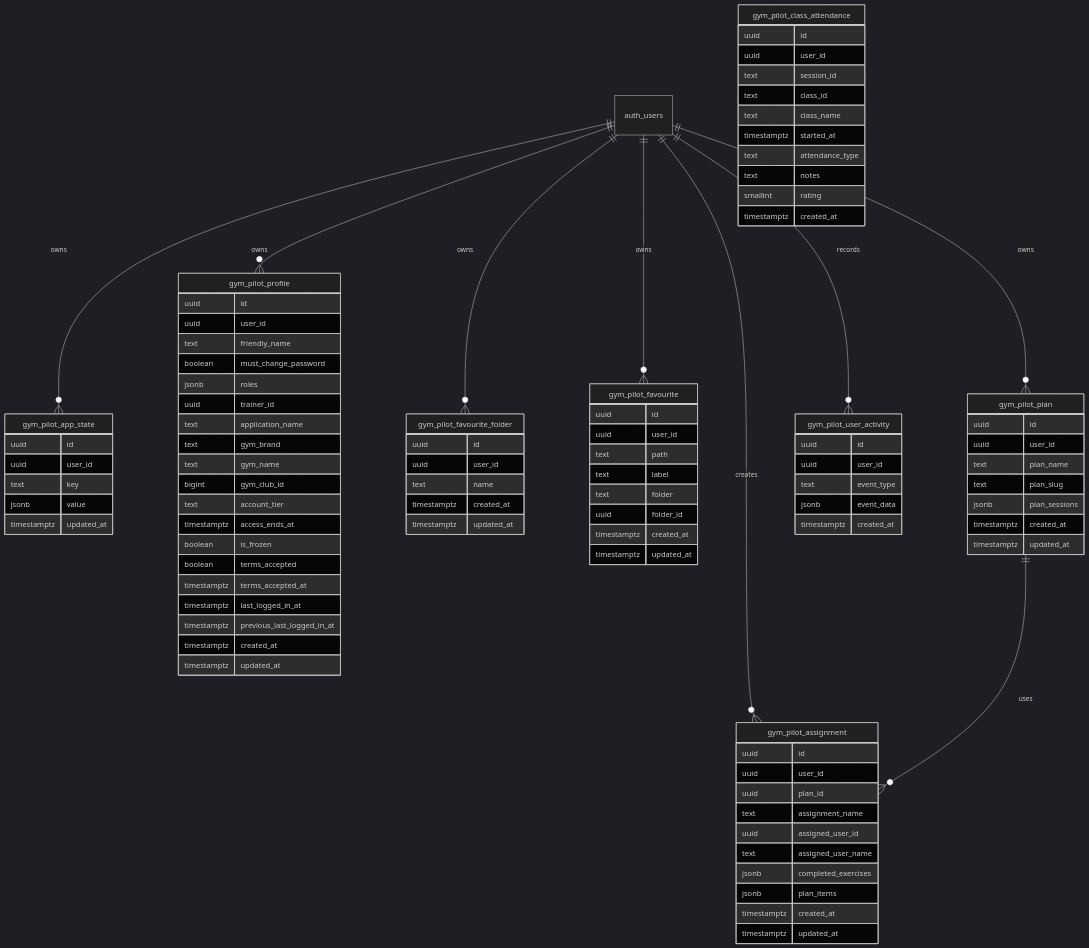
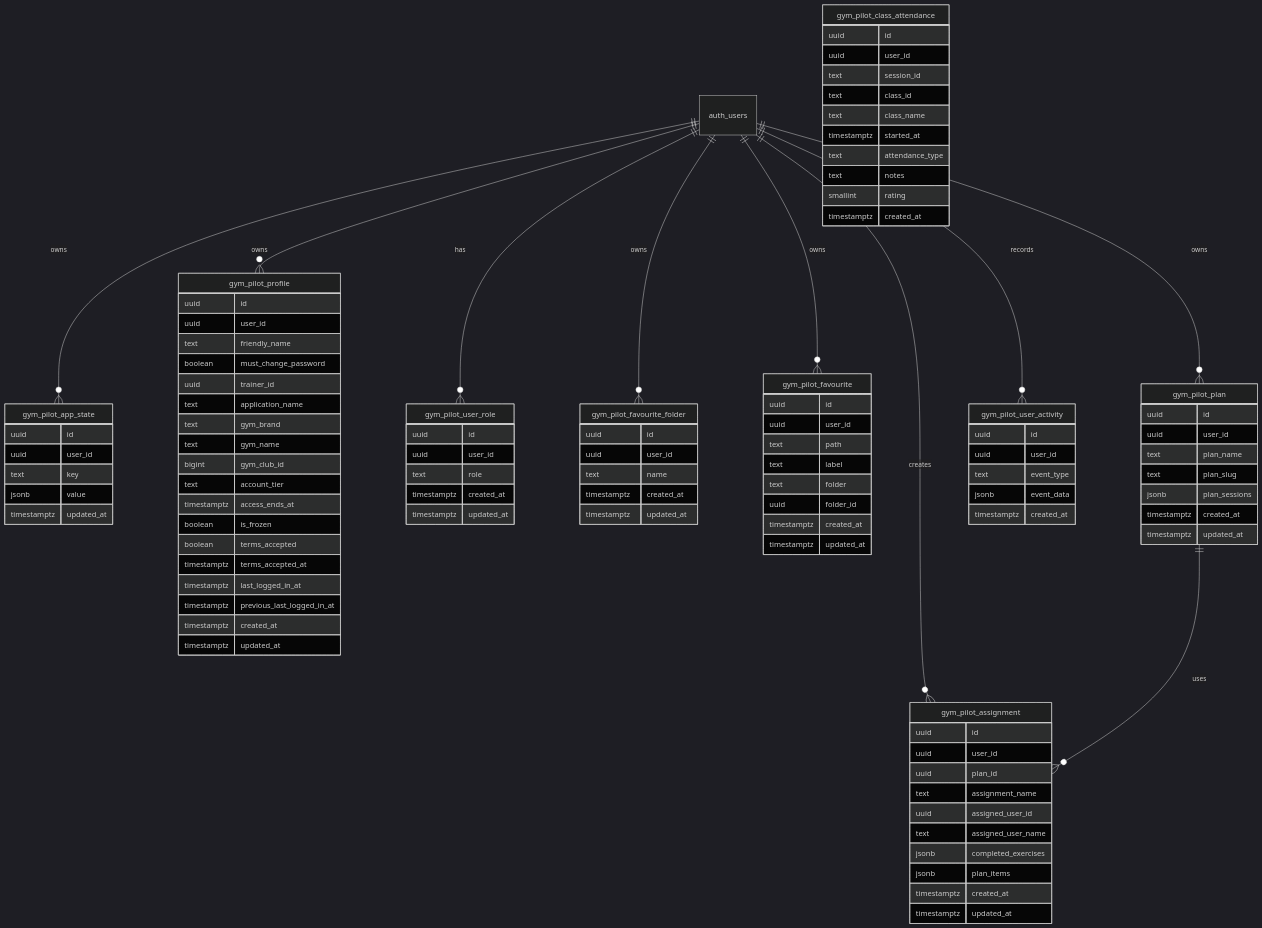
Before and after one commit to asudbury/gym-pilot: the diagram in docs/data-schema.md, drawn with Mermaid (dark theme). The commit also changed other lines of this file and 13 other files, not shown here.

```diff
--- a/docs/data-schema.md
+++ b/docs/data-schema.md
@@ -116,6 +125,7 @@
 erDiagram
     auth_users ||--o{ gym_pilot_app_state : owns
     auth_users ||--o{ gym_pilot_profile : owns
+    auth_users ||--o{ gym_pilot_user_role : has
     auth_users ||--o{ gym_pilot_favourite_folder : owns
     auth_users ||--o{ gym_pilot_favourite : owns
     auth_users ||--o{ gym_pilot_plan : owns
@@ -136,7 +146,6 @@
         uuid user_id
         text friendly_name
         boolean must_change_password
-        jsonb roles
         uuid trainer_id
         text application_name
         text gym_brand
@@ -149,6 +158,14 @@
         timestamptz terms_accepted_at
         timestamptz last_logged_in_at
         timestamptz previous_last_logged_in_at
+        timestamptz created_at
+        timestamptz updated_at
+    }
+
+    gym_pilot_user_role {
+        uuid id
+        uuid user_id
+        text role
         timestamptz created_at
         timestamptz updated_at
     }
```
